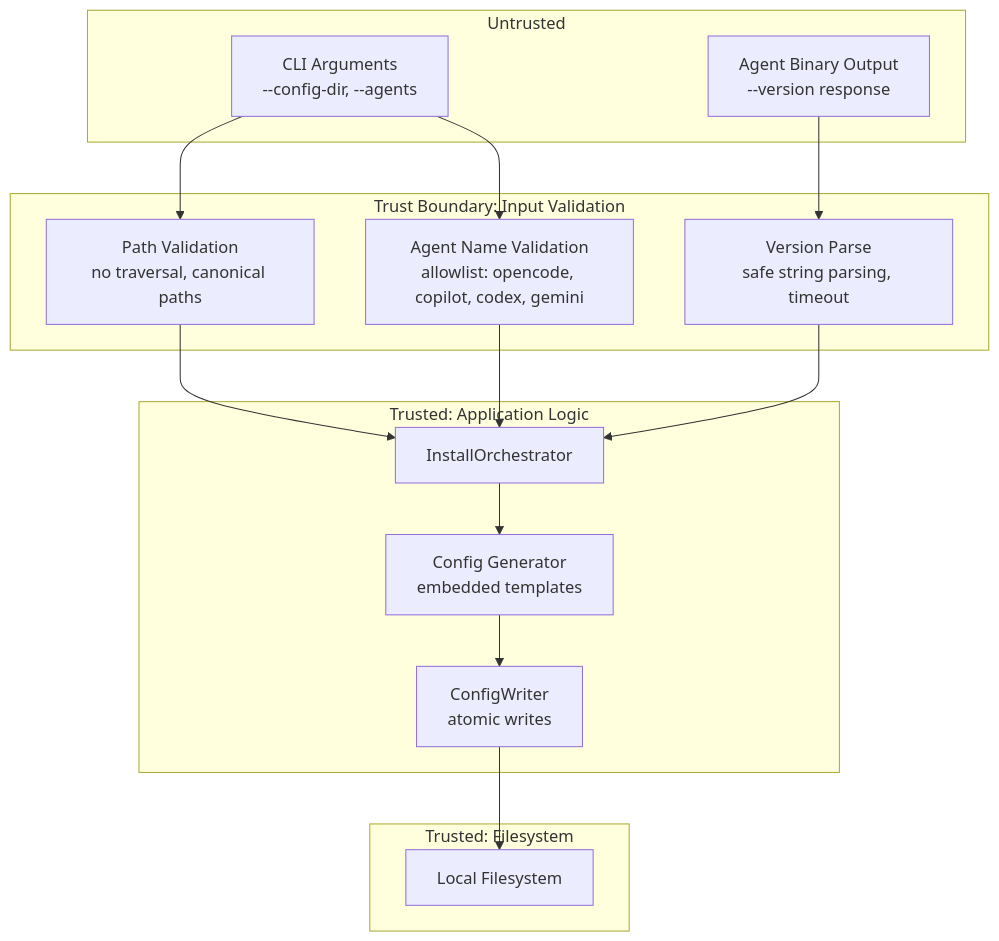
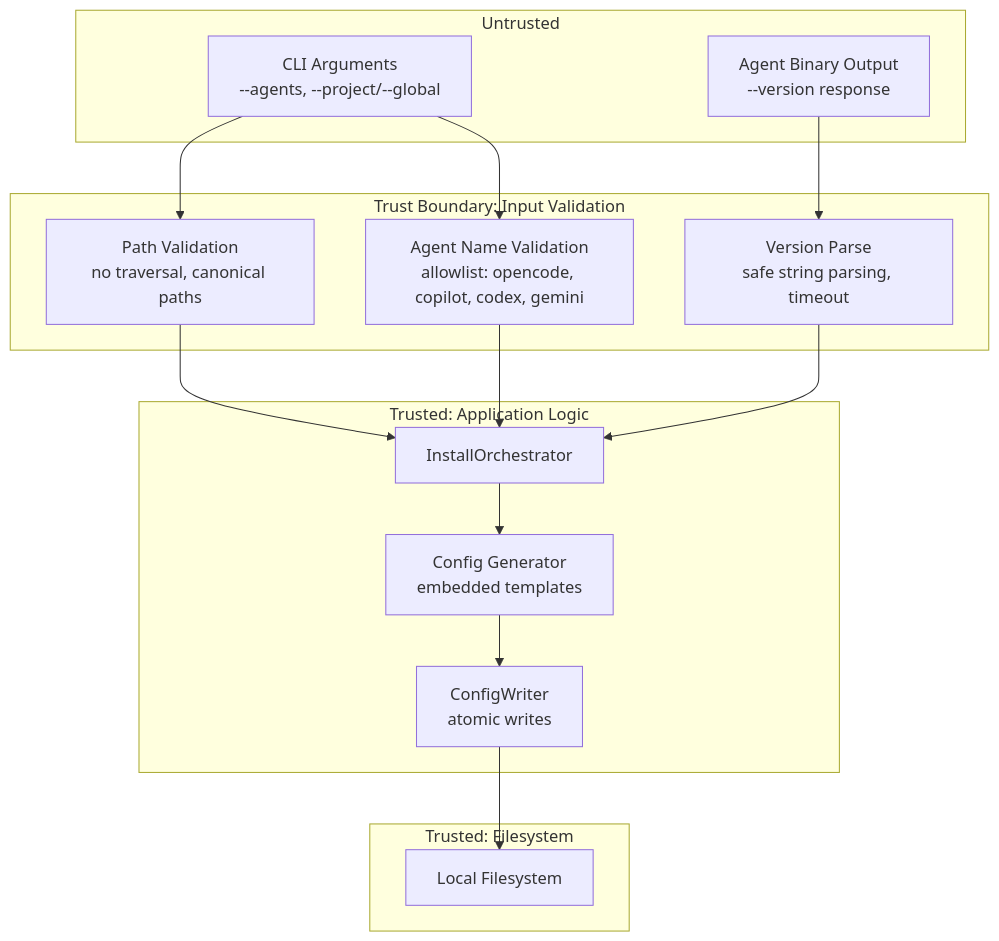
One commit to brianluby/rusty-brain changed the third of 3 diagrams in specs/011-agent-installs/sec.md. Above: the diagram before and after it, drawn with Mermaid. The commit also changed other lines of this file and 5 other files, not shown here.

````diff
--- a/specs/011-agent-installs/sec.md
+++ b/specs/011-agent-installs/sec.md
@@ -273,33 +273,33 @@
 ```mermaid
 flowchart TD
     subgraph Untrusted
-        CLI_ARGS[CLI Arguments<br>--config-dir, --agents]
+        CLI_ARGS[CLI Arguments<br>--agents, --project/--global]
         AGENT_BIN[Agent Binary Output<br>--version response]
     end
 
     subgraph Trust Boundary: Input Validation
         PATH_VAL[Path Validation<br>no traversal, canonical paths]
         AGENT_VAL[Agent Name Validation<br>allowlist: opencode, copilot, codex, gemini]
         VER_PARSE[Version Parse<br>safe string parsing, timeout]
     end
 
     subgraph Trusted: Application Logic
         ORCH[InstallOrchestrator]
         GEN[Config Generator<br>embedded templates]
         WRITER[ConfigWriter<br>atomic writes]
     end
 
     subgraph Trusted: Filesystem
         FS[Local Filesystem]
     end
 
     CLI_ARGS --> PATH_VAL
     CLI_ARGS --> AGENT_VAL
     AGENT_BIN --> VER_PARSE
     PATH_VAL --> ORCH
     AGENT_VAL --> ORCH
     VER_PARSE --> ORCH
     ORCH --> GEN
     GEN --> WRITER
     WRITER --> FS
 ```
````
